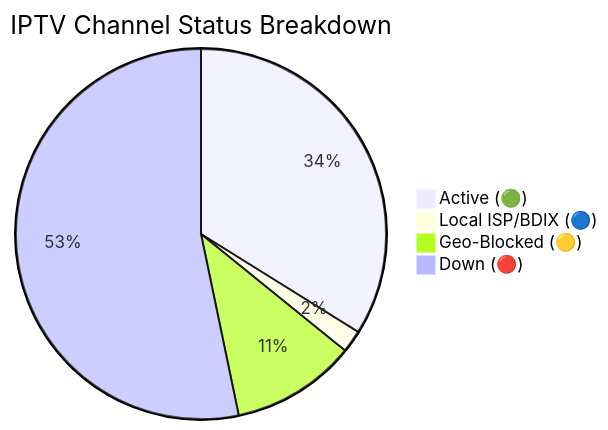
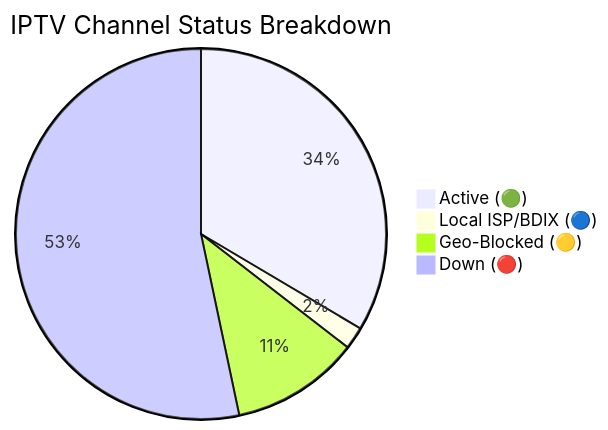
One commit to andreataylord/Ip-tv-Collection changed the diagram in README.md. Above: the diagram before and after it, drawn with Mermaid. The commit also changed other lines of this file and 1 other file, not shown here.

Commit message:
docs(readme): auto-update daily channel status chart

````diff
--- a/README.md
+++ b/README.md
@@ -59,7 +59,7 @@
 ```mermaid
 pie title IPTV Channel Status Breakdown
-    "Active (🟢)" : 2217
+    "Active (🟢)" : 2194
     "Local ISP/BDIX (🔵)" : 128
-    "Geo-Blocked (🟡)" : 714
-    "Down (🔴)" : 3487
+    "Geo-Blocked (🟡)" : 734
+    "Down (🔴)" : 3490
 ```
````
